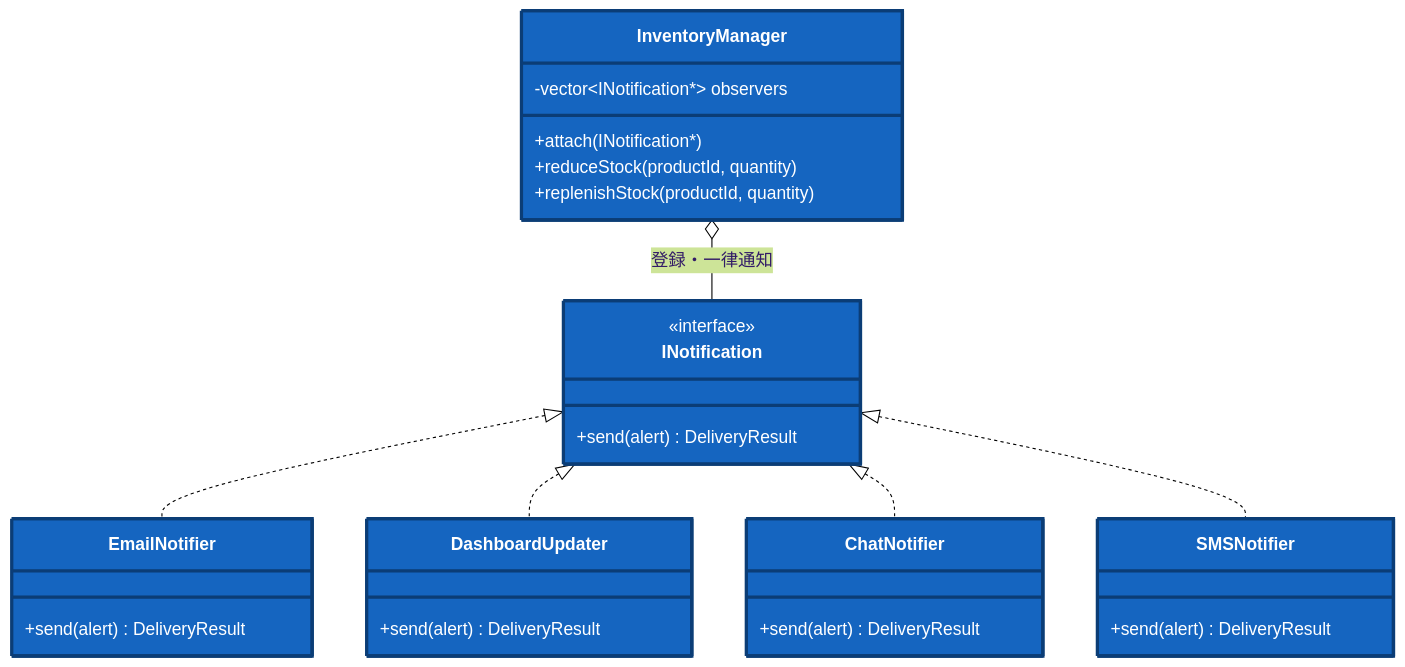
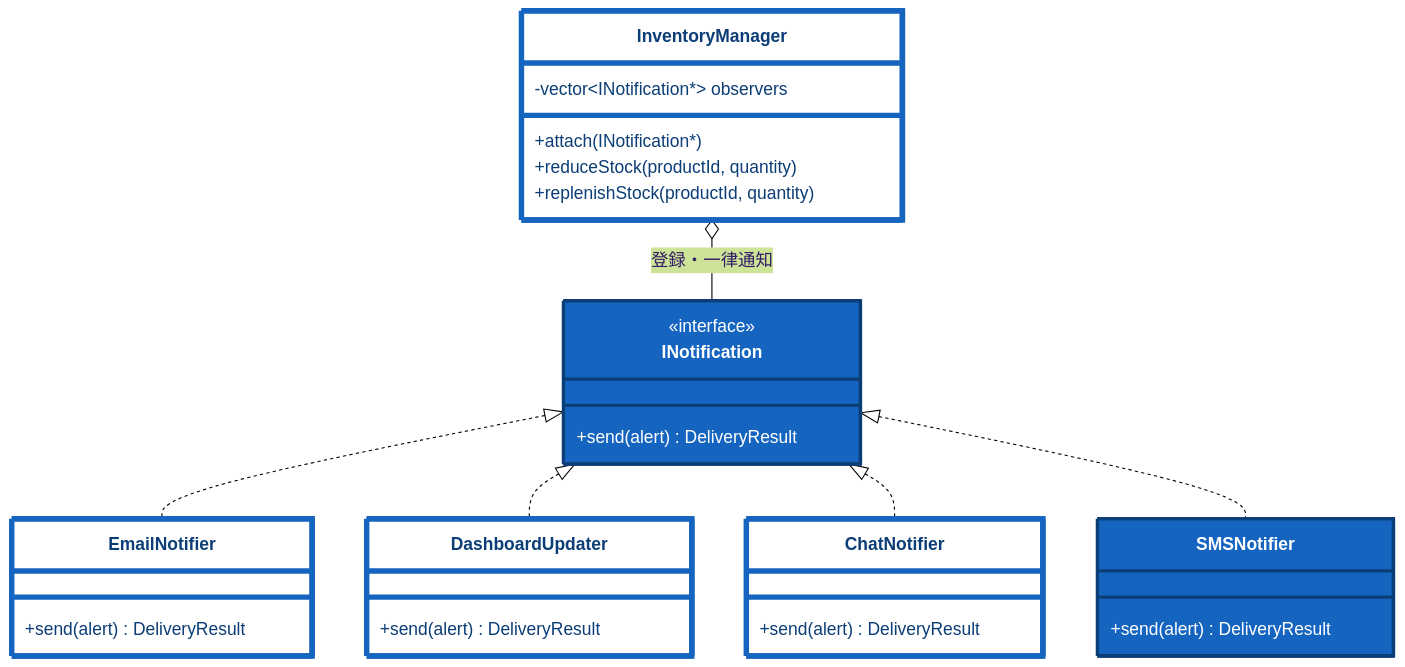
One commit to kumachan1101-pixel/DesignPattern changed the seventh of 13 diagrams in kindle/design-patterns/books/volume01-core-patterns/output/05-chapter03.md. Above: the diagram before and after it, drawn with Mermaid (forest theme). The commit also changed other lines of this file and 11 other files, not shown here.

First line of the commit message:
図の印を「新しく作る／開いて直す」へ分け、抜粋の改変を直す

````diff
--- a/kindle/design-patterns/books/volume01-core-patterns/output/05-chapter03.md
+++ b/kindle/design-patterns/books/volume01-core-patterns/output/05-chapter03.md
@@ -2147,25 +2159,26 @@
 ```mermaid
 classDiagram
     direction TB
-    class InventoryManager:::changed {
+    class InventoryManager:::touched {
         -vector~INotification*~ observers
         +attach(INotification*)
         +reduceStock(productId, quantity)
         +replenishStock(productId, quantity)
     }
-    class INotification:::changed {
+    class INotification:::added {
         <<interface>>
         +send(alert) DeliveryResult
     }
-    class EmailNotifier:::changed { +send(alert) DeliveryResult }
-    class DashboardUpdater:::changed { +send(alert) DeliveryResult }
-    class ChatNotifier:::changed { +send(alert) DeliveryResult }
-    class SMSNotifier:::changed { +send(alert) DeliveryResult }
+    class EmailNotifier:::touched { +send(alert) DeliveryResult }
+    class DashboardUpdater:::touched { +send(alert) DeliveryResult }
+    class ChatNotifier:::touched { +send(alert) DeliveryResult }
+    class SMSNotifier:::added { +send(alert) DeliveryResult }
     InventoryManager o-- INotification : 登録・一律通知
     INotification <|.. EmailNotifier
     INotification <|.. DashboardUpdater
     INotification <|.. ChatNotifier
     INotification <|.. SMSNotifier
 
-    classDef changed fill:#1565c0,stroke:#0b3d76,stroke-width:3px,color:#ffffff;
+    classDef added fill:#1565c0,stroke:#0b3d76,stroke-width:3px,color:#ffffff;
+    classDef touched fill:#ffffff,stroke:#1565c0,stroke-width:5px,color:#0b3d76;
 ```
````
